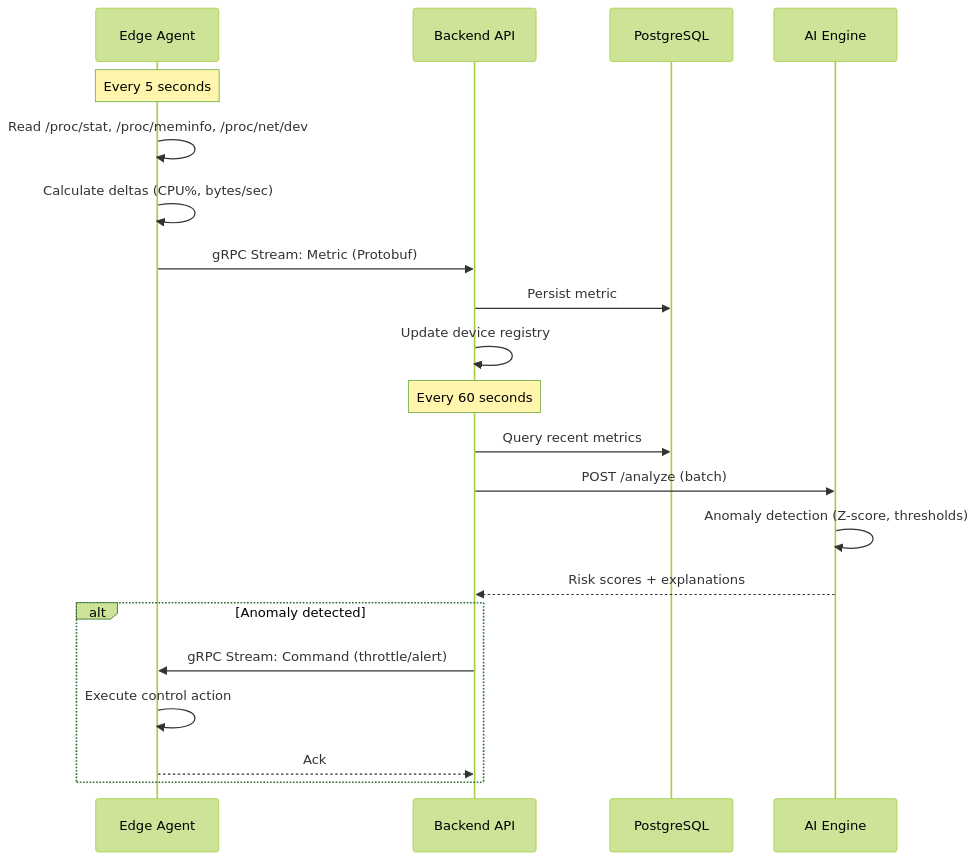
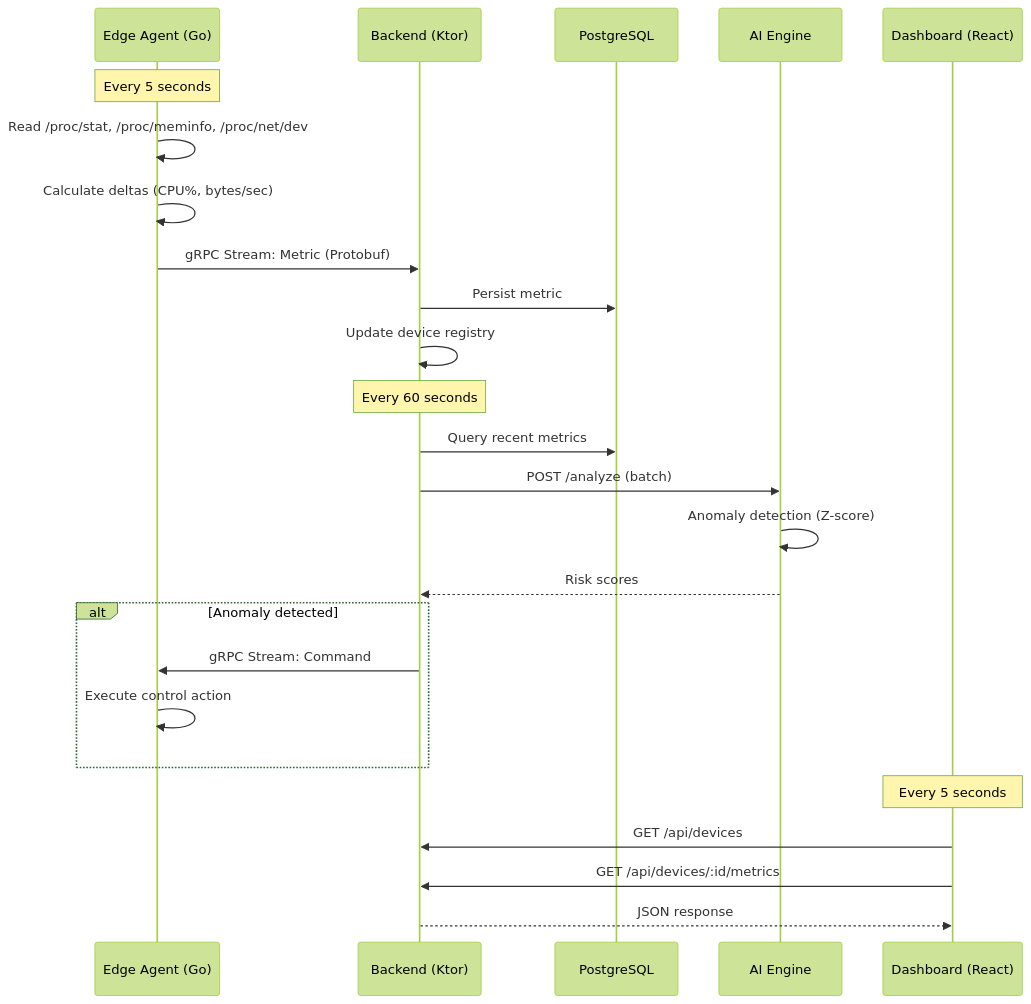
The second of 3 diagrams in README.md (Yahia995/edge-telemetry), drawn with Mermaid (forest theme) before and after one commit. The commit also changed other lines of this file and 3 other files, not shown here.

````diff
--- a/README.md
+++ b/README.md
@@ -153,26 +101,31 @@
 ```mermaid
 sequenceDiagram
-    participant Agent as Edge Agent
-    participant Backend as Backend API
+    participant Agent as Edge Agent (Go)
+    participant Backend as Backend (Ktor)
     participant DB as PostgreSQL
     participant AI as AI Engine
-    
+    participant UI as Dashboard (React)
+
     Note over Agent: Every 5 seconds
     Agent->>Agent: Read /proc/stat, /proc/meminfo, /proc/net/dev
     Agent->>Agent: Calculate deltas (CPU%, bytes/sec)
     Agent->>Backend: gRPC Stream: Metric (Protobuf)
     Backend->>DB: Persist metric
     Backend->>Backend: Update device registry
-    
+
     Note over Backend: Every 60 seconds
     Backend->>DB: Query recent metrics
     Backend->>AI: POST /analyze (batch)
-    AI->>AI: Anomaly detection (Z-score, thresholds)
-    AI-->>Backend: Risk scores + explanations
-    
+    AI->>AI: Anomaly detection (Z-score)
+    AI-->>Backend: Risk scores
+
     alt Anomaly detected
-        Backend->>Agent: gRPC Stream: Command (throttle/alert)
+        Backend->>Agent: gRPC Stream: Command
         Agent->>Agent: Execute control action
-        Agent-->>Backend: Ack
     end
+
+    Note over UI: Every 5 seconds
+    UI->>Backend: GET /api/devices
+    UI->>Backend: GET /api/devices/:id/metrics
+    Backend-->>UI: JSON response
 ```
````
